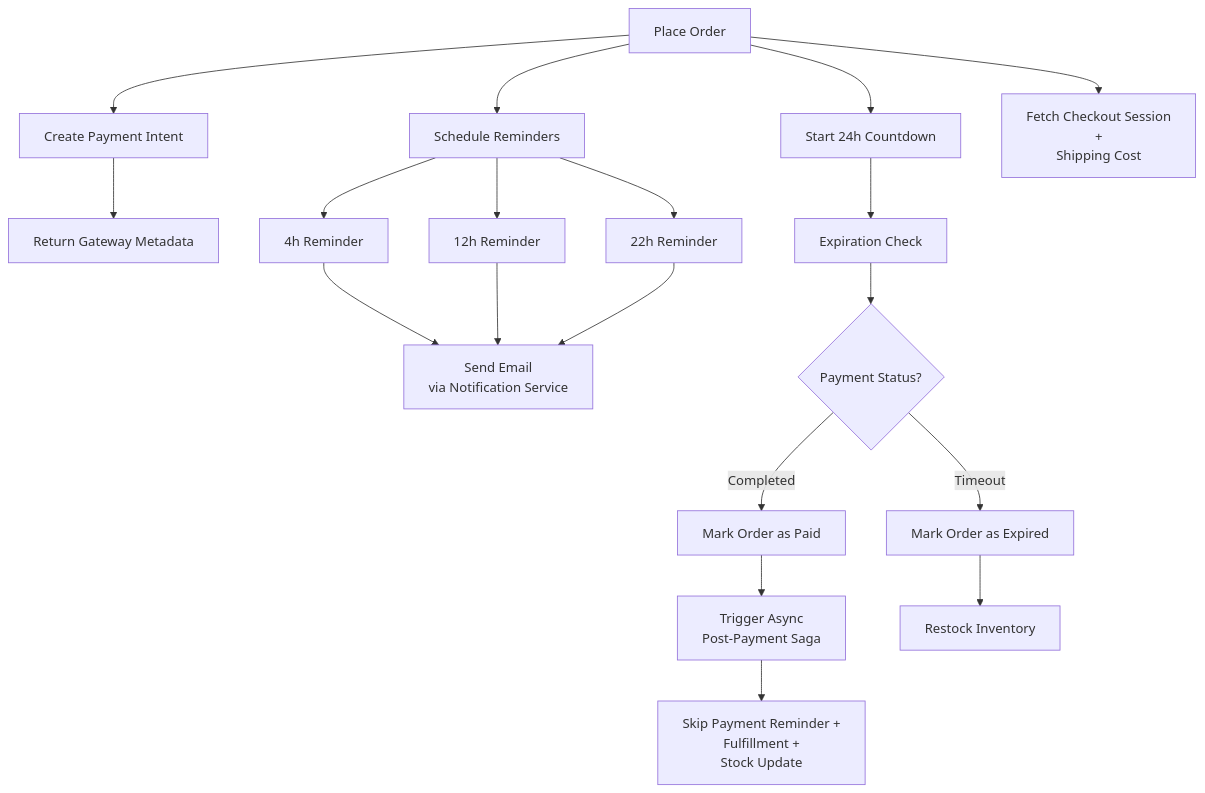
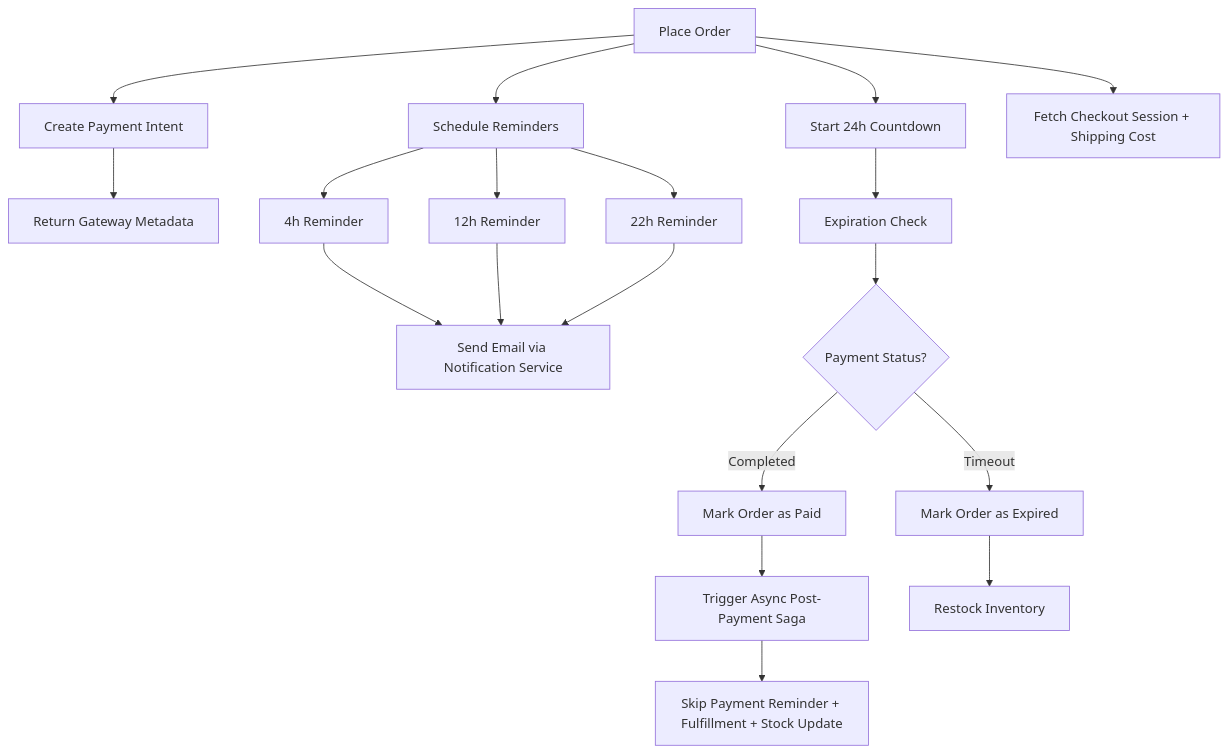
Before and after one commit to raphaeldiscky/go-micro-commerce: the third of 16 diagrams in README.md, drawn with Mermaid. The commit also changed other lines of this file, not shown here.

Commit message:
chore(docs): add architecture overview

````diff
--- a/README.md
+++ b/README.md
@@ -129,30 +140,23 @@
 ```mermaid
 graph TD
   A[Place Order] --> B[Schedule Reminders]
   A --> C[Start 24h Countdown]
   A --> D[Create Payment Intent]
-  A --> E[Fetch Checkout Session
-  +
-  Shipping Cost]
+  A --> E[Fetch Checkout Session + Shipping Cost]
   D --> F[Return Gateway Metadata]
   B --> G[4h Reminder]
   B --> H[12h Reminder]
   B --> I[22h Reminder]
   C --> J[Expiration Check]
 
-  G --> K[Send Email
-   via Notification Service]
+  G --> K[Send Email via Notification Service]
   H --> K
   I --> K
   J --> L{Payment Status?}
 
   L -->|Completed| M[Mark Order as Paid]
-  M --> N[Trigger Async
-  Post-Payment Saga]
-  N --> O[Skip Payment Reminder +
-  Fulfillment +
-  Stock Update
-  ]
+  M --> N[Trigger Async Post-Payment Saga]
+  N --> O[Skip Payment Reminder + Fulfillment + Stock Update]
   L -->|Timeout| P[Mark Order as Expired]
   P --> Q[Restock Inventory]
 ```
````
